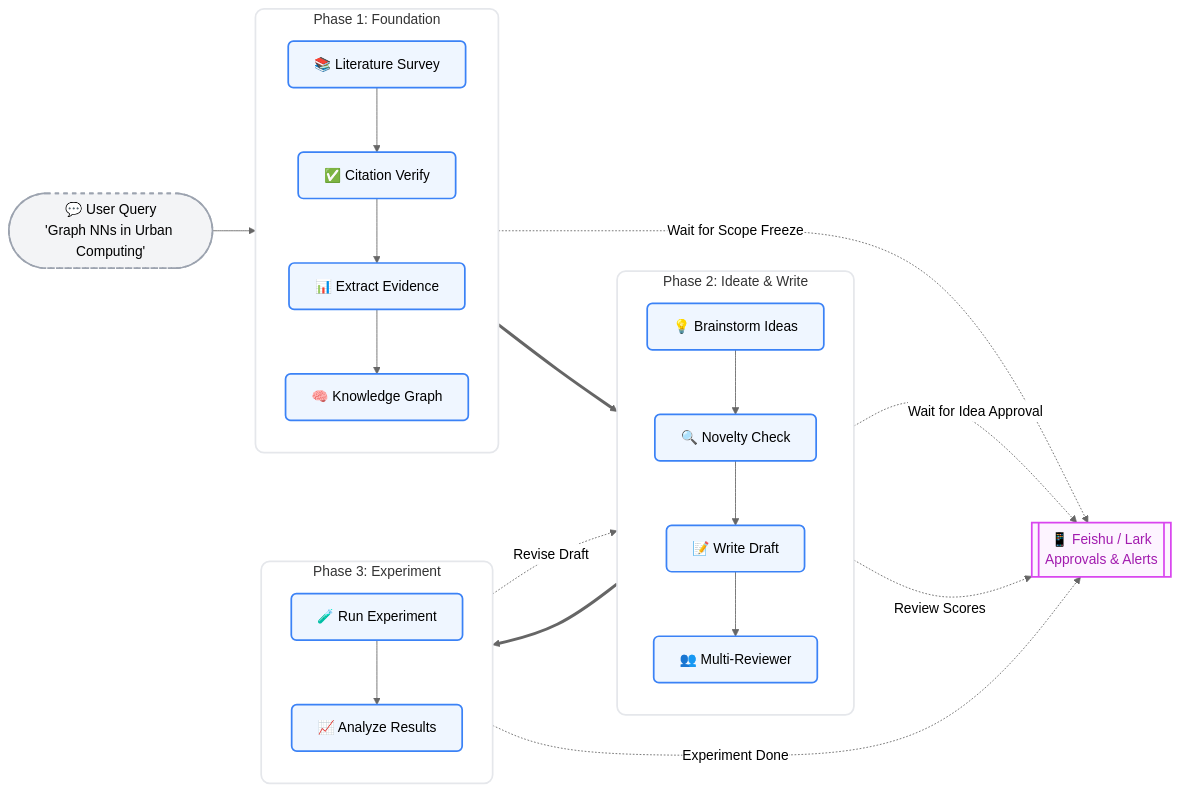
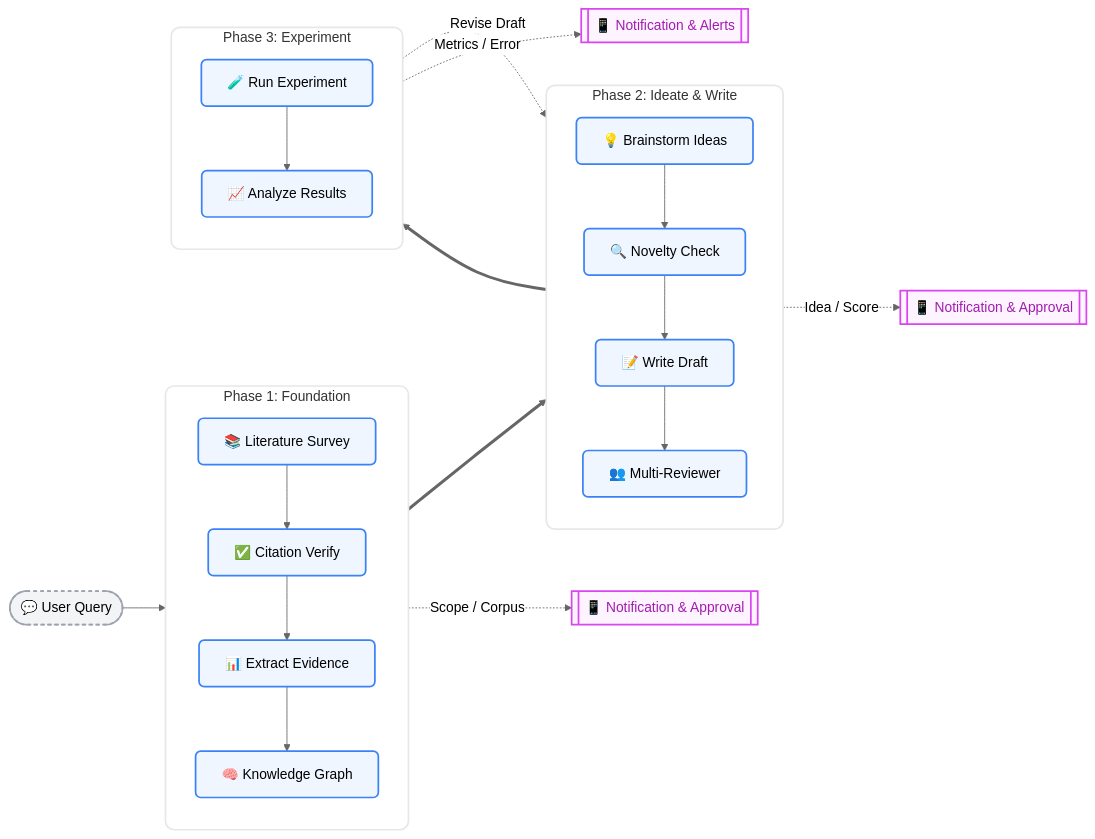
One commit to ChunqiGuo02/Nexus changed the diagram in README.md. Above: the diagram before and after it, drawn with Mermaid (neutral theme). The commit also changed other lines of this file, not shown here.

````diff
--- a/README.md
+++ b/README.md
@@ -24,55 +24,53 @@
 ```mermaid
 flowchart LR
     %% Styles
-    classDef userQuery fill:#f3f4f6,stroke:#9ca3af,stroke-width:2px,stroke-dasharray: 5 5
+    classDef mainNode fill:#eff6ff,stroke:#3b82f6,stroke-width:2px,rx:6,ry:6
+    classDef feishu fill:#fdf4ff,stroke:#d946ef,stroke-width:2px,rx:6,ry:6,color:#a21caf
     classDef phaseBox fill:#ffffff,stroke:#e5e7eb,stroke-width:2px,rx:10,ry:10
-    classDef node fill:#eff6ff,stroke:#3b82f6,stroke-width:2px,rx:6,ry:6
-    classDef notify fill:#fdf4ff,stroke:#d946ef,stroke-width:2px,rx:6,ry:6,color:#a21caf
+    classDef query fill:#f3f4f6,stroke:#9ca3af,stroke-width:2px,stroke-dasharray: 4 4
 
-    %% Nodes
-    Q(["💬 User Query\n'Graph NNs in Urban Computing'"]):::userQuery
-    
-    subgraph Phase1 ["Phase 1: Foundation"]
+    Q(["💬 User Query"]):::query
+
+    subgraph P1 ["Phase 1: Foundation"]
         direction TB
-        L["📚 Literature Survey"]:::node
-        V["✅ Citation Verify"]:::node
-        E["📊 Extract Evidence"]:::node
-        K["🧠 Knowledge Graph"]:::node
-        L --> V --> E --> K
+        S["📚 Literature Survey"]:::mainNode
+        V["✅ Citation Verify"]:::mainNode
+        E["📊 Extract Evidence"]:::mainNode
+        K["🧠 Knowledge Graph"]:::mainNode
+        S --> V --> E --> K
     end
 
-    subgraph Phase2 ["Phase 2: Ideate & Write"]
+    subgraph P2 ["Phase 2: Ideate & Write"]
         direction TB
-        B["💡 Brainstorm Ideas"]:::node
-        N["🔍 Novelty Check"]:::node
-        D["📝 Write Draft"]:::node
-        M["👥 Multi-Reviewer"]:::node
+        B["💡 Brainstorm Ideas"]:::mainNode
+        N["🔍 Novelty Check"]:::mainNode
+        D["📝 Write Draft"]:::mainNode
+        M["👥 Multi-Reviewer"]:::mainNode
         B --> N --> D --> M
     end
 
-    subgraph Phase3 ["Phase 3: Experiment"]
+    subgraph P3 ["Phase 3: Experiment"]
         direction TB
-        R["🧪 Run Experiment"]:::node
-        A["📈 Analyze Results"]:::node
+        R["🧪 Run Experiment"]:::mainNode
+        A["📈 Analyze Results"]:::mainNode
         R --> A
     end
 
-    Feishu[["📱 Feishu / Lark\nApprovals & Alerts"]]:::notify
+    %% Notifications
+    F1[["📱 Notification & Approval"]]:::feishu
+    F2[["📱 Notification & Approval"]]:::feishu
+    F3[["📱 Notification & Alerts"]]:::feishu
 
-    %% Main Flow
-    Q --> Phase1
-    Phase1 ==> Phase2
-    Phase2 ==> Phase3
-    
-    %% Feedback Loop
-    Phase3 -.->|Revise Draft| Phase2
+    %% Build the main rigid structure
+    Q --> P1
+    P1 ==> P2
+    P2 ==> P3
+    P3 -.->|Revise Draft| P2
 
-    %% Notifications
-    Phase1 -.->|Wait for Scope Freeze| Feishu
-    Phase2 -.->|Wait for Idea Approval| Feishu
-    Phase2 -.->|Review Scores| Feishu
-    Phase3 -.->|Experiment Done| Feishu
+    %% Attach Feishu below each phase to avoid crossing lines messing up the layout
+    P1 -.->|"Scope / Corpus"| F1
+    P2 -.->|"Idea / Score"| F2
+    P3 -.->|"Metrics / Error"| F3
 
-    %% Apply Phase Styles
-    class Phase1,Phase2,Phase3 phaseBox
+    class P1,P2,P3 phaseBox
 ```
````
